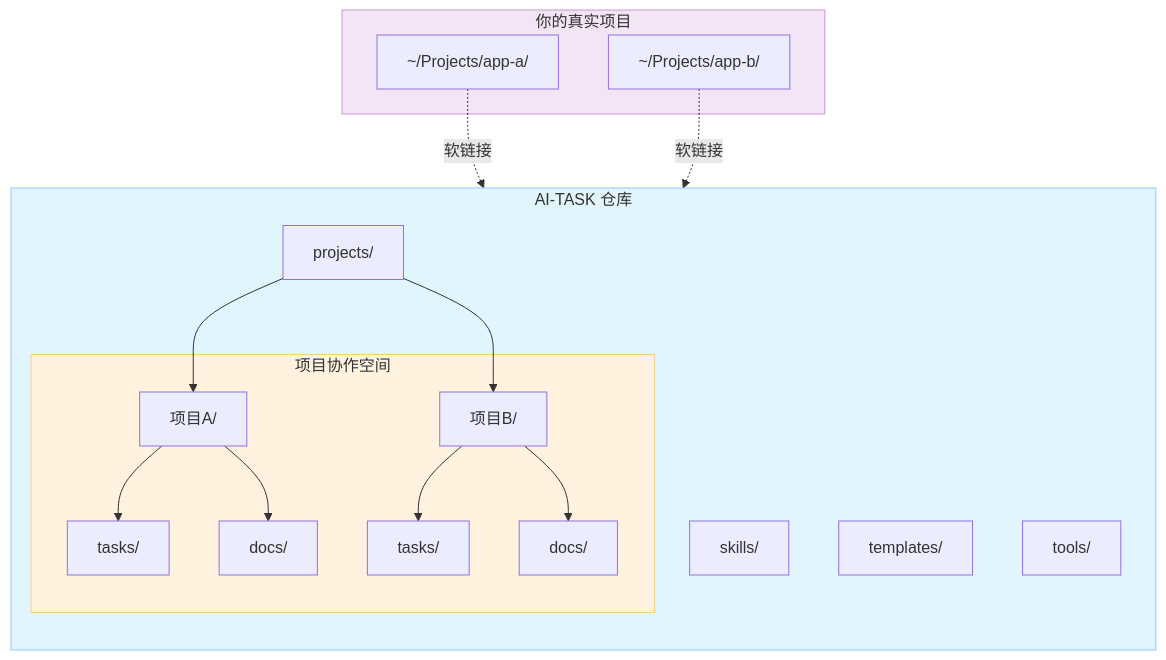
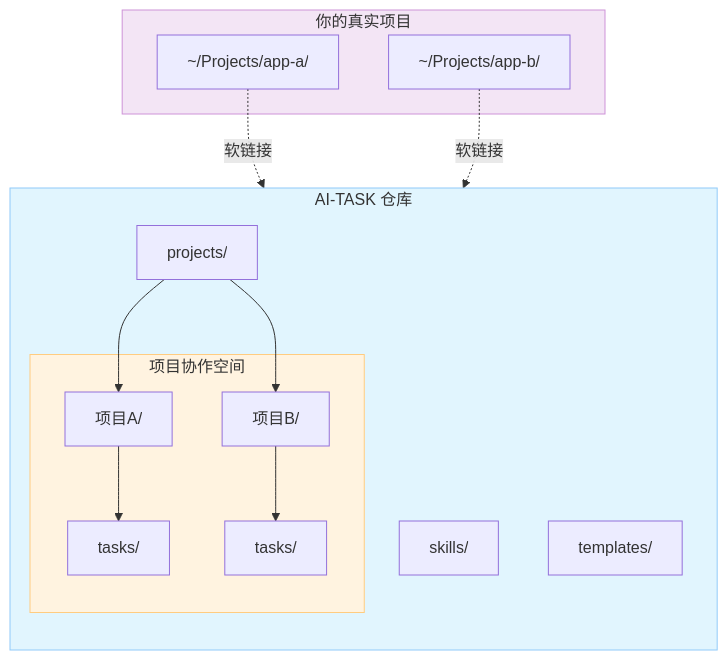
The diagram in README.md (ArnoFrost/AI-TASK), drawn with Mermaid before and after one commit. The commit also changed other lines of this file and 12 other files, not shown here.

First line of the commit message:
修复(开源): 断链修复 + README瘦身 + ARCHITECTURE拆分 + 模板清理

````diff
--- a/README.md
+++ b/README.md
@@ -183,32 +103,29 @@
 ```mermaid
 graph TB
     subgraph REPO["AI-TASK 仓库"]
         direction TB
         PROJECTS["projects/"]
         SKILLS["skills/"]
         TEMPLATES["templates/"]
-        TOOLS["tools/"]
 
         subgraph SPACES["项目协作空间"]
             P1["项目A/"] --> P1T["tasks/"]
-            P1 --> P1D["docs/"]
             P2["项目B/"] --> P2T["tasks/"]
-            P2 --> P2D["docs/"]
         end
 
         PROJECTS --> P1
         PROJECTS --> P2
     end
 
     subgraph REAL["你的真实项目"]
         EXT1["~/Projects/app-a/"]
         EXT2["~/Projects/app-b/"]
     end
 
     EXT1 -.->|"软链接"| P1
     EXT2 -.->|"软链接"| P2
 
     style REPO fill:#e1f5fe,stroke:#90caf9
     style SPACES fill:#fff3e0,stroke:#ffcc80
     style REAL fill:#f3e5f5,stroke:#ce93d8
 ```
````
